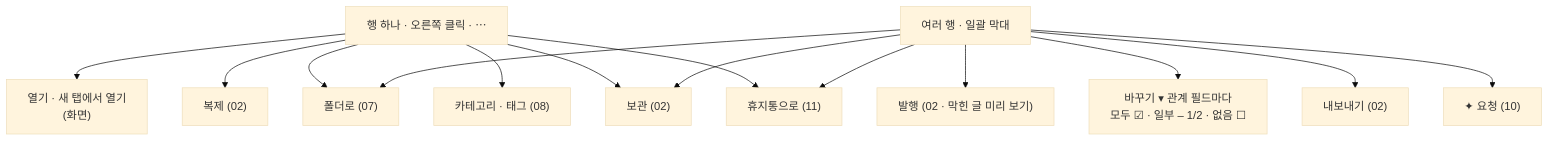
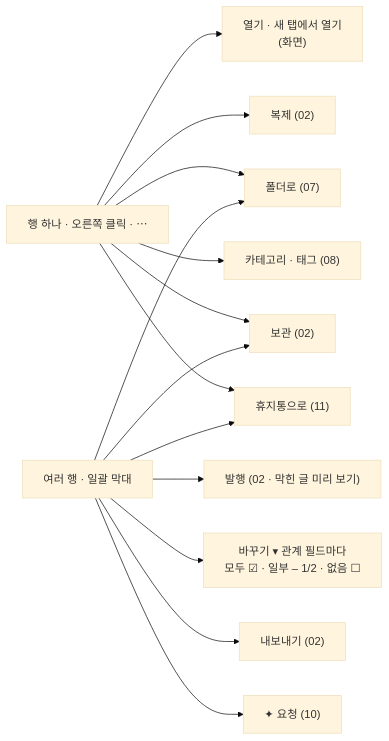
One commit to monti-cms/monti changed the second of 2 diagrams in docs/design/features/06-list.md. Above: the diagram before and after it, drawn with Mermaid (base theme).

Commit message:
docs: readable row actions diagram in the list design

````diff
--- a/docs/design/features/06-list.md
+++ b/docs/design/features/06-list.md
@@ -88,16 +88,16 @@
 ```mermaid
-flowchart TB
+flowchart LR
   R["행 하나 · 오른쪽 클릭 · ⋯"] --> O["열기 · 새 탭에서 열기<br/>(화면)"]
   R --> D["복제 (02)"]
   R --> FD["폴더로 (07)"]
   R --> RL["카테고리 · 태그 (08)"]
   R --> AR["보관 (02)"]
   R --> TR["휴지통으로 (11)"]
   B["여러 행 · 일괄 막대"] --> P["발행 (02 · 막힌 글 미리 보기)"]
   B --> AR
   B --> FD
   B --> CH["바꾸기 ▾ 관계 필드마다<br/>모두 ☑ · 일부 – 1/2 · 없음 ☐"]
   B --> EX["내보내기 (02)"]
   B --> TR
   B --> RQ["✦ 요청 (10)"]
 ```
````
